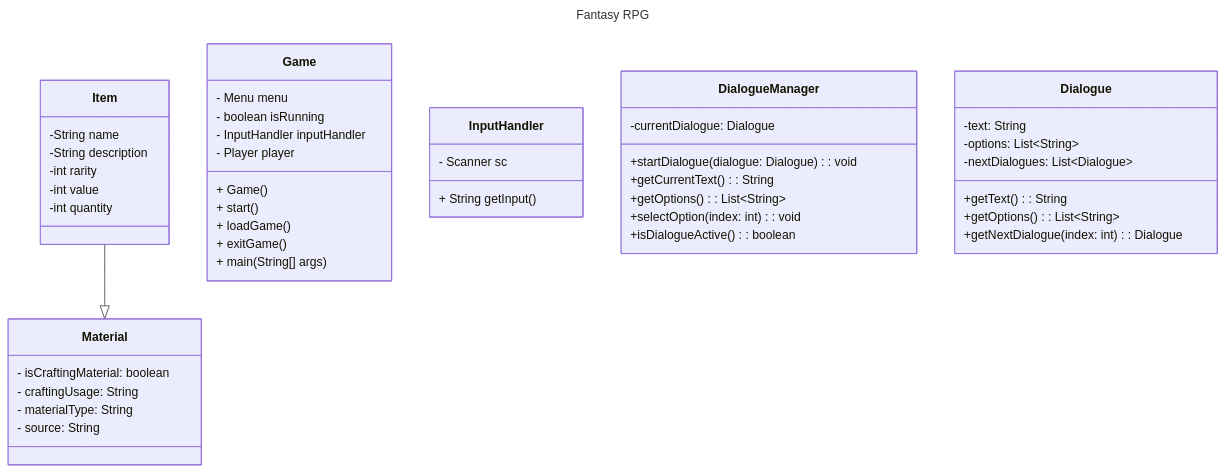
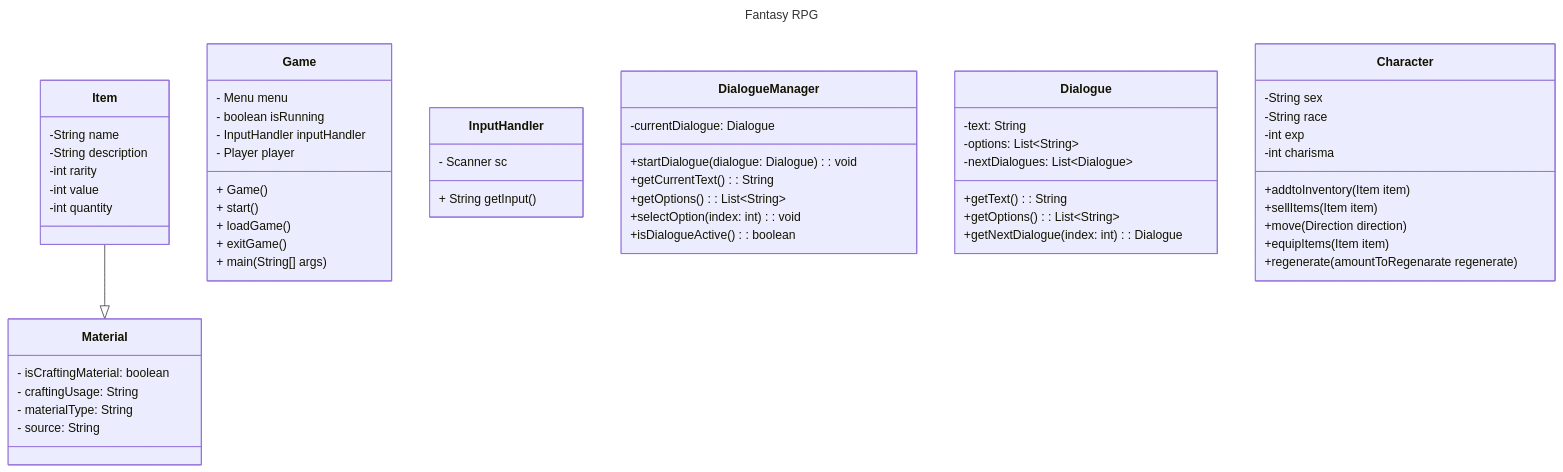
One commit to pacalso-jjc/2425-2nd-cc3-1b-rpg changed the diagram in wiki/Class-Diagram.md. Above: the diagram before and after it, drawn with Mermaid.

Commit message:
Added names for the parameters of method

````diff
--- a/wiki/Class-Diagram.md
+++ b/wiki/Class-Diagram.md
@@ -1,56 +1,69 @@
 ```mermaid
 ---
 title: Fantasy RPG
 ---
 classDiagram
     Item --|> Material
     class Material {
         - isCraftingMaterial: boolean
         - craftingUsage: String
         - materialType: String
         - source: String
     }
 
     class Item{
         -String name
         -String description
         -int rarity
         -int value
         -int quantity
     }
 
     class Game{
         - Menu menu
         - boolean isRunning
         - InputHandler inputHandler
         - Player player
         + Game()
         + start()
         + loadGame()
         + exitGame()
         + main(String[] args)
     }
 
     class InputHandler{
         - Scanner sc
         + String getInput()
     }
 
     class DialogueManager {
         -currentDialogue: Dialogue
         +startDialogue(dialogue: Dialogue): void
         +getCurrentText(): String
         +getOptions(): List~String~
         +selectOption(index: int): void
         +isDialogueActive(): boolean
     } 
 
     class Dialogue {
         -text: String
         -options: List~String~
         -nextDialogues: List~Dialogue~
         +getText(): String
         +getOptions(): List~String~
         +getNextDialogue(index: int): Dialogue
     }
+
+    class Character{
+     -String sex
+     -String race
+     -int exp
+     -int charisma
+     +addtoInventory(Item item)
+     +sellItems(Item item)
+     +move(Direction direction)
+     +equipItems(Item item)
+     +regenerate(amountToRegenarate regenerate)
+     }
+
 ```
````
